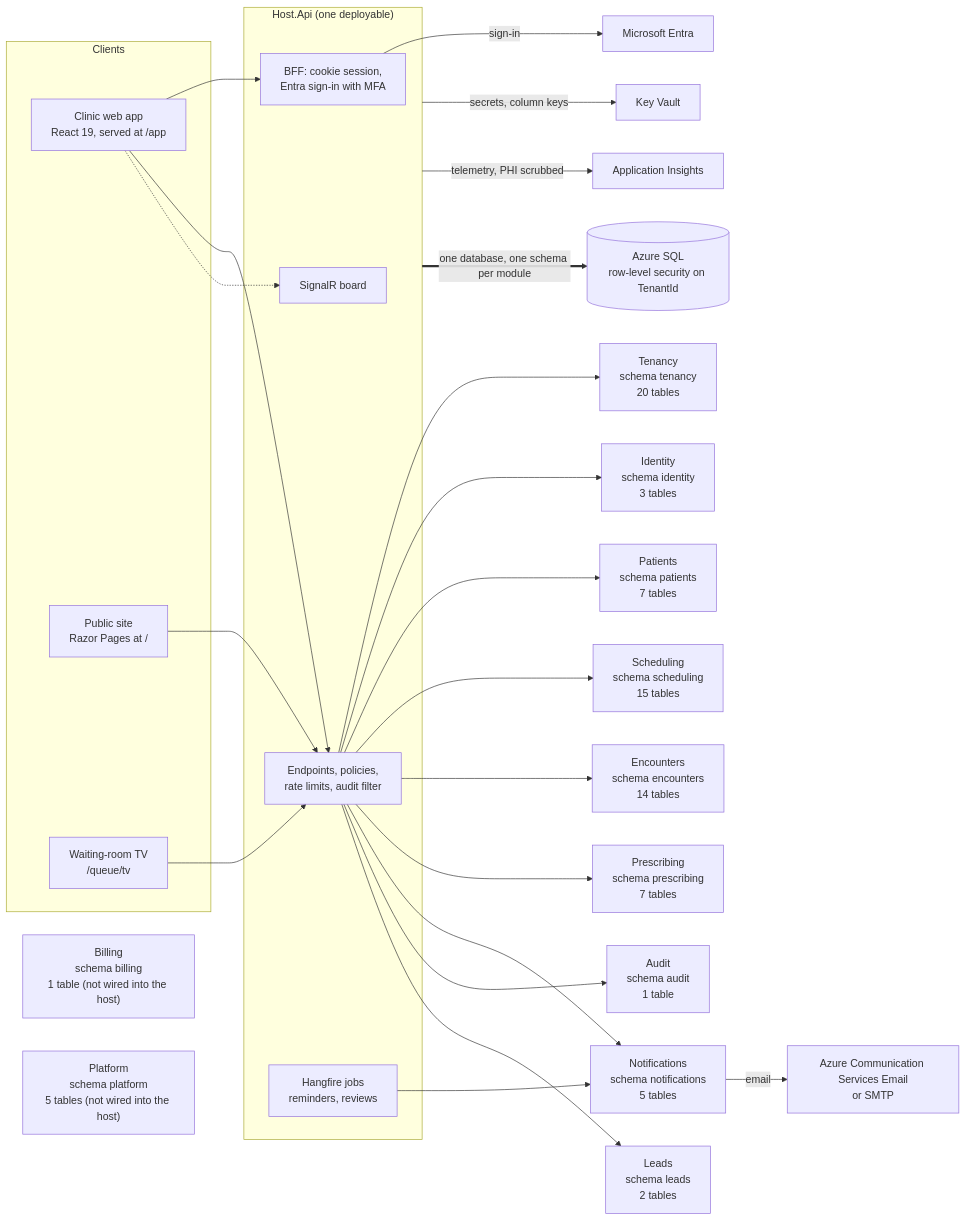
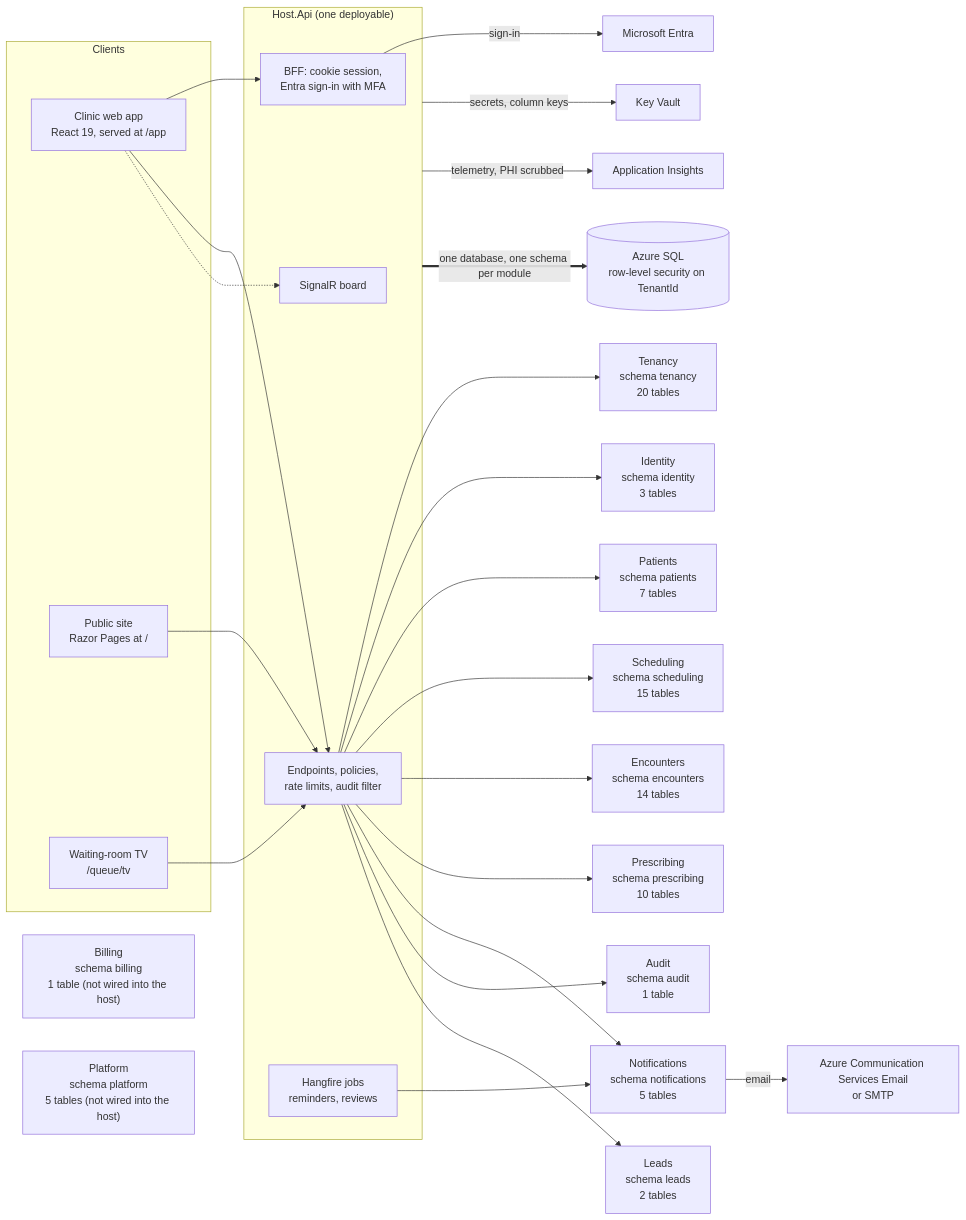
One commit to ALFRED-LUCIFER/medvya changed the first of 14 diagrams in docs/03-architecture/erd.md. Above: the diagram before and after it, drawn with Mermaid. The commit also changed other lines of this file and 49 other files, not shown here.

````diff
--- a/docs/03-architecture/erd.md
+++ b/docs/03-architecture/erd.md
@@ -15,36 +15,36 @@
 ```mermaid
 flowchart LR
   subgraph Clients
     web["Clinic web app<br/>React 19, served at /app"]
     site["Public site<br/>Razor Pages at /"]
     tv["Waiting-room TV<br/>/queue/tv"]
   end
   subgraph Host["Host.Api (one deployable)"]
     bff["BFF: cookie session,<br/>Entra sign-in with MFA"]
     api["Endpoints, policies,<br/>rate limits, audit filter"]
     hub["SignalR board"]
     jobs["Hangfire jobs<br/>reminders, reviews"]
   end
   web --> bff
   web --> api
   web -.-> hub
   tv --> api
   site --> api
   api --> Tenancy["Tenancy<br/>schema tenancy<br/>20 tables"]
   api --> Identity["Identity<br/>schema identity<br/>3 tables"]
   api --> Patients["Patients<br/>schema patients<br/>7 tables"]
   api --> Scheduling["Scheduling<br/>schema scheduling<br/>15 tables"]
   api --> Encounters["Encounters<br/>schema encounters<br/>14 tables"]
-  api --> Prescribing["Prescribing<br/>schema prescribing<br/>7 tables"]
+  api --> Prescribing["Prescribing<br/>schema prescribing<br/>10 tables"]
   api --> Notifications["Notifications<br/>schema notifications<br/>5 tables"]
   api --> Audit["Audit<br/>schema audit<br/>1 table"]
   api --> Leads["Leads<br/>schema leads<br/>2 tables"]
   Billing["Billing<br/>schema billing<br/>1 table (not wired into the host)"]
   Platform["Platform<br/>schema platform<br/>5 tables (not wired into the host)"]
   jobs --> Notifications
   bff -->|"sign-in"| entra["Microsoft Entra"]
   Notifications -->|"email"| mail["Azure Communication Services Email<br/>or SMTP"]
   Host -->|"secrets, column keys"| kv["Key Vault"]
   Host -->|"telemetry, PHI scrubbed"| ai["Application Insights"]
   Host ==>|"one database, one schema per module"| sql[("Azure SQL<br/>row-level security on TenantId")]
 ```
````
